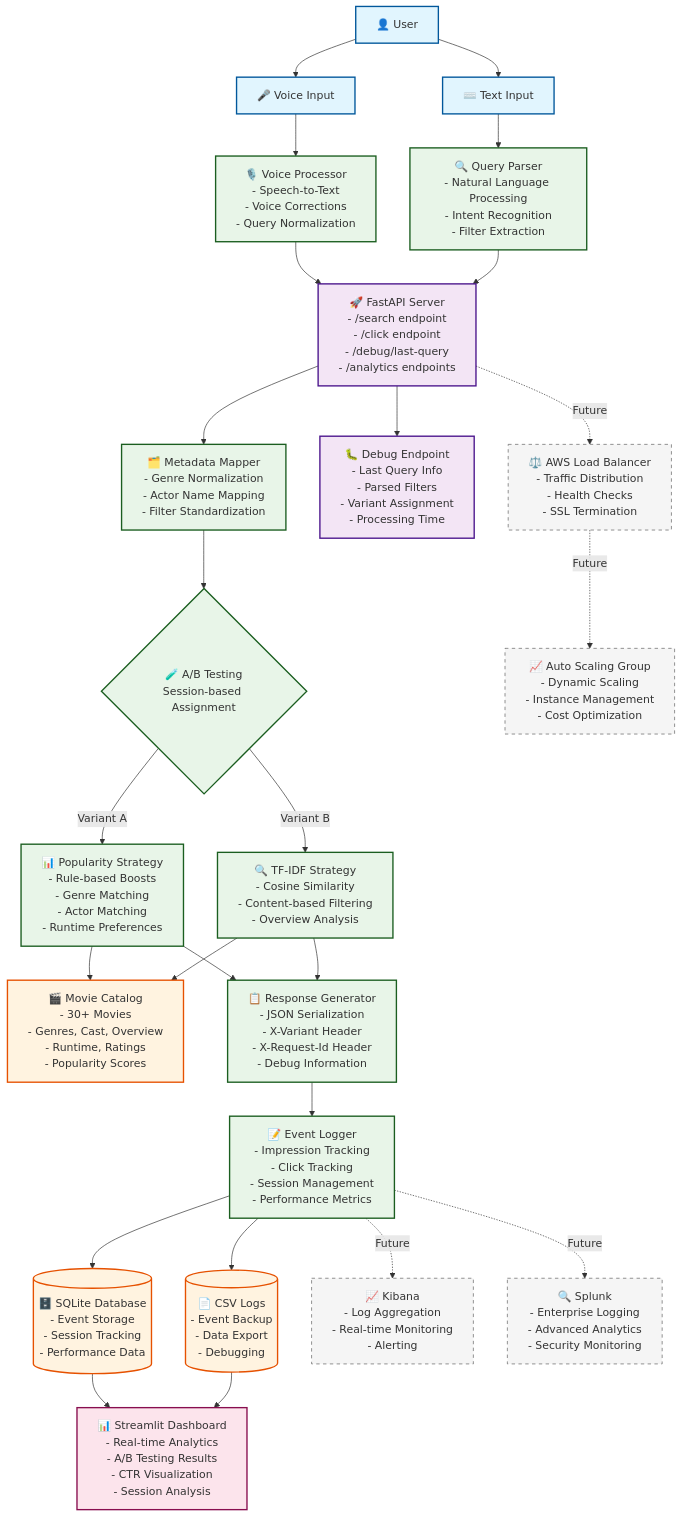
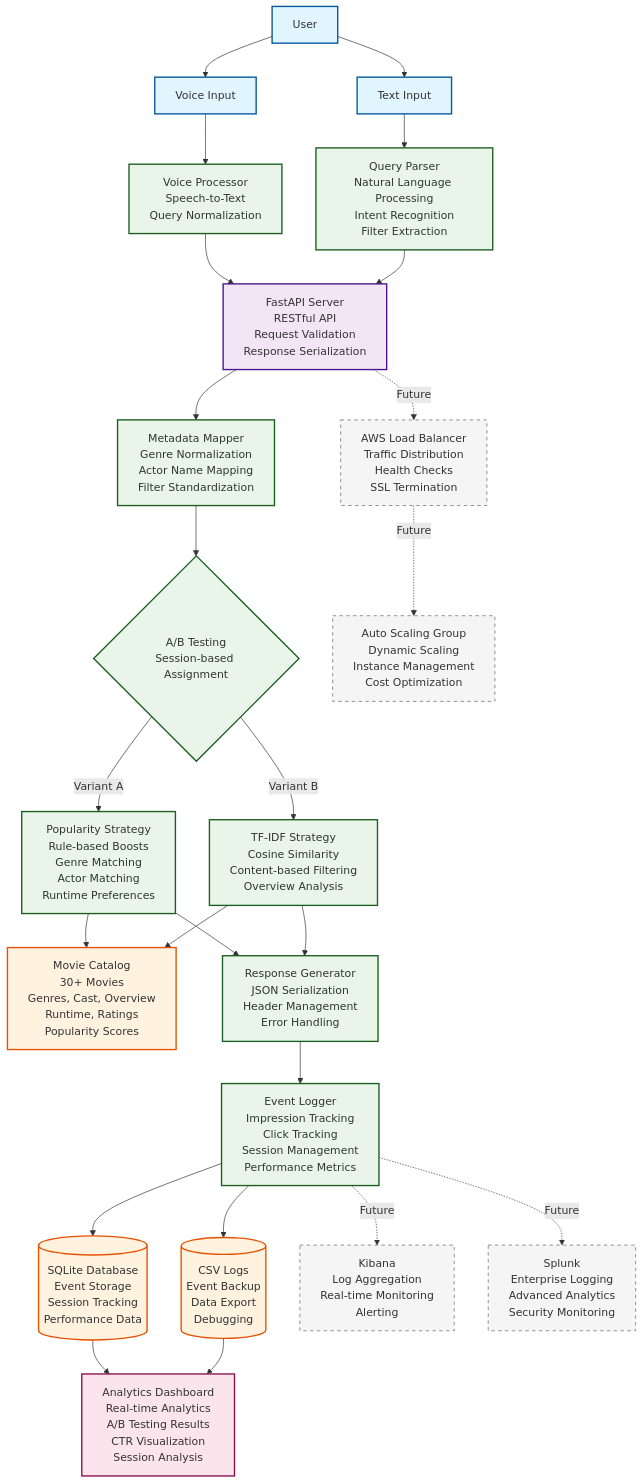
Before and after one commit to engineergrowth/PCD-Lite: the diagram in diagram.mmd, drawn with Mermaid.

Commit message:
updates architecture diagram

```diff
--- a/diagram.mmd
+++ b/diagram.mmd
@@ -1,65 +1,62 @@
 graph TB
     %% User Input Layer
-    User[👤 User] --> VoiceInput[🎤 Voice Input]
-    User --> TextInput[⌨️ Text Input]
+    User[User] --> VoiceInput[Voice Input]
+    User --> TextInput[Text Input]
     
     %% Input Processing
-    VoiceInput --> VoiceProcessor[🎙️ Voice Processor<br/>- Speech-to-Text<br/>- Voice Corrections<br/>- Query Normalization]
-    TextInput --> QueryParser[🔍 Query Parser<br/>- Natural Language Processing<br/>- Intent Recognition<br/>- Filter Extraction]
+    VoiceInput --> VoiceProcessor[Voice Processor<br/>Speech-to-Text<br/>Query Normalization]
+    TextInput --> QueryParser[Query Parser<br/>Natural Language Processing<br/>Intent Recognition<br/>Filter Extraction]
     
     %% API Layer
-    VoiceProcessor --> FastAPI[🚀 FastAPI Server<br/>- /search endpoint<br/>- /click endpoint<br/>- /debug/last-query<br/>- /analytics endpoints]
+    VoiceProcessor --> FastAPI[FastAPI Server<br/>RESTful API<br/>Request Validation<br/>Response Serialization]
     QueryParser --> FastAPI
     
     %% Core Processing
-    FastAPI --> MetadataMapper[🗂️ Metadata Mapper<br/>- Genre Normalization<br/>- Actor Name Mapping<br/>- Filter Standardization]
+    FastAPI --> MetadataMapper[Metadata Mapper<br/>Genre Normalization<br/>Actor Name Mapping<br/>Filter Standardization]
     
     %% A/B Testing & Recommendations
-    MetadataMapper --> ABTesting{🧪 A/B Testing<br/>Session-based Assignment}
-    ABTesting -->|Variant A| PopularityStrategy[📊 Popularity Strategy<br/>- Rule-based Boosts<br/>- Genre Matching<br/>- Actor Matching<br/>- Runtime Preferences]
-    ABTesting -->|Variant B| SimilarityStrategy[🔍 TF-IDF Strategy<br/>- Cosine Similarity<br/>- Content-based Filtering<br/>- Overview Analysis]
+    MetadataMapper --> ABTesting{A/B Testing<br/>Session-based Assignment}
+    ABTesting -->|Variant A| PopularityStrategy[Popularity Strategy<br/>Rule-based Boosts<br/>Genre Matching<br/>Actor Matching<br/>Runtime Preferences]
+    ABTesting -->|Variant B| SimilarityStrategy[TF-IDF Strategy<br/>Cosine Similarity<br/>Content-based Filtering<br/>Overview Analysis]
     
     %% Data Layer
-    PopularityStrategy --> MovieCatalog[🎬 Movie Catalog<br/>- 30+ Movies<br/>- Genres, Cast, Overview<br/>- Runtime, Ratings<br/>- Popularity Scores]
+    PopularityStrategy --> MovieCatalog[Movie Catalog<br/>30+ Movies<br/>Genres, Cast, Overview<br/>Runtime, Ratings<br/>Popularity Scores]
     SimilarityStrategy --> MovieCatalog
     
     %% Response Generation
-    PopularityStrategy --> ResponseGenerator[📋 Response Generator<br/>- JSON Serialization<br/>- X-Variant Header<br/>- X-Request-Id Header<br/>- Debug Information]
+    PopularityStrategy --> ResponseGenerator[Response Generator<br/>JSON Serialization<br/>Header Management<br/>Error Handling]
     SimilarityStrategy --> ResponseGenerator
     
     %% Event Logging
-    ResponseGenerator --> EventLogger[📝 Event Logger<br/>- Impression Tracking<br/>- Click Tracking<br/>- Session Management<br/>- Performance Metrics]
+    ResponseGenerator --> EventLogger[Event Logger<br/>Impression Tracking<br/>Click Tracking<br/>Session Management<br/>Performance Metrics]
     
     %% Storage Layer
-    EventLogger --> SQLiteDB[(🗄️ SQLite Database<br/>- Event Storage<br/>- Session Tracking<br/>- Performance Data)]
-    EventLogger --> CSVLogs[(📄 CSV Logs<br/>- Event Backup<br/>- Data Export<br/>- Debugging)]
+    EventLogger --> SQLiteDB[(SQLite Database<br/>Event Storage<br/>Session Tracking<br/>Performance Data)]
+    EventLogger --> CSVLogs[(CSV Logs<br/>Event Backup<br/>Data Export<br/>Debugging)]
     
     %% Analytics Dashboard
-    SQLiteDB --> StreamlitDashboard[📊 Streamlit Dashboard<br/>- Real-time Analytics<br/>- A/B Testing Results<br/>- CTR Visualization<br/>- Session Analysis]
+    SQLiteDB --> StreamlitDashboard[Analytics Dashboard<br/>Real-time Analytics<br/>A/B Testing Results<br/>CTR Visualization<br/>Session Analysis]
     CSVLogs --> StreamlitDashboard
     
-    %% Debug & Monitoring
-    FastAPI --> DebugEndpoint[🐛 Debug Endpoint<br/>- Last Query Info<br/>- Parsed Filters<br/>- Variant Assignment<br/>- Processing Time]
-    
     %% External Integrations (Future)
-    EventLogger -.->|Future| Kibana[📈 Kibana<br/>- Log Aggregation<br/>- Real-time Monitoring<br/>- Alerting]
-    EventLogger -.->|Future| Splunk[🔍 Splunk<br/>- Enterprise Logging<br/>- Advanced Analytics<br/>- Security Monitoring]
+    EventLogger -.->|Future| Kibana[Kibana<br/>Log Aggregation<br/>Real-time Monitoring<br/>Alerting]
+    EventLogger -.->|Future| Splunk[Splunk<br/>Enterprise Logging<br/>Advanced Analytics<br/>Security Monitoring]
     
     %% AWS Cloud (Future)
-    FastAPI -.->|Future| LoadBalancer[⚖️ AWS Load Balancer<br/>- Traffic Distribution<br/>- Health Checks<br/>- SSL Termination]
-    LoadBalancer -.->|Future| AutoScaling[📈 Auto Scaling Group<br/>- Dynamic Scaling<br/>- Instance Management<br/>- Cost Optimization]
+    FastAPI -.->|Future| LoadBalancer[AWS Load Balancer<br/>Traffic Distribution<br/>Health Checks<br/>SSL Termination]
+    LoadBalancer -.->|Future| AutoScaling[Auto Scaling Group<br/>Dynamic Scaling<br/>Instance Management<br/>Cost Optimization]
     
     %% Styling
     classDef userLayer fill:#e1f5fe,stroke:#01579b,stroke-width:2px
     classDef apiLayer fill:#f3e5f5,stroke:#4a148c,stroke-width:2px
     classDef processingLayer fill:#e8f5e8,stroke:#1b5e20,stroke-width:2px
     classDef dataLayer fill:#fff3e0,stroke:#e65100,stroke-width:2px
     classDef analyticsLayer fill:#fce4ec,stroke:#880e4f,stroke-width:2px
     classDef futureLayer fill:#f5f5f5,stroke:#616161,stroke-width:1px,stroke-dasharray: 5 5
     
     class User,VoiceInput,TextInput userLayer
-    class FastAPI,DebugEndpoint apiLayer
+    class FastAPI apiLayer
     class VoiceProcessor,QueryParser,MetadataMapper,ABTesting,PopularityStrategy,SimilarityStrategy,ResponseGenerator,EventLogger processingLayer
     class MovieCatalog,SQLiteDB,CSVLogs dataLayer
     class StreamlitDashboard analyticsLayer
     class Kibana,Splunk,LoadBalancer,AutoScaling futureLayer
```
